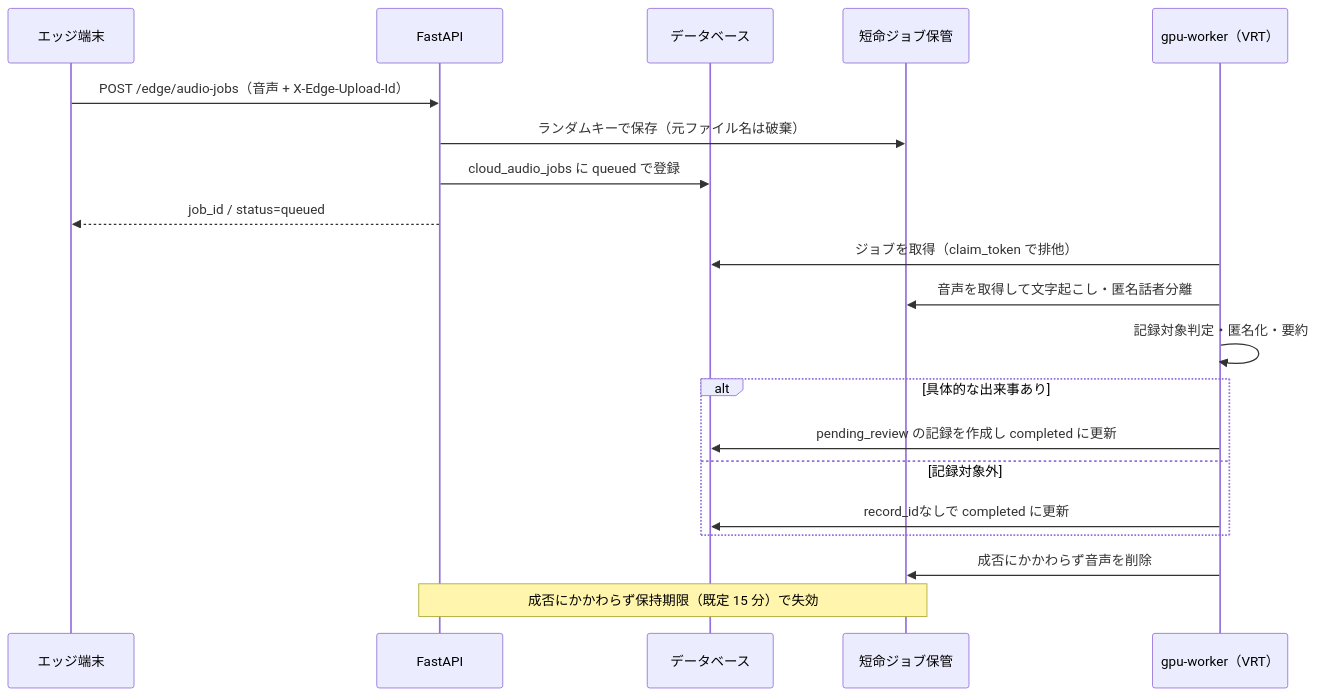
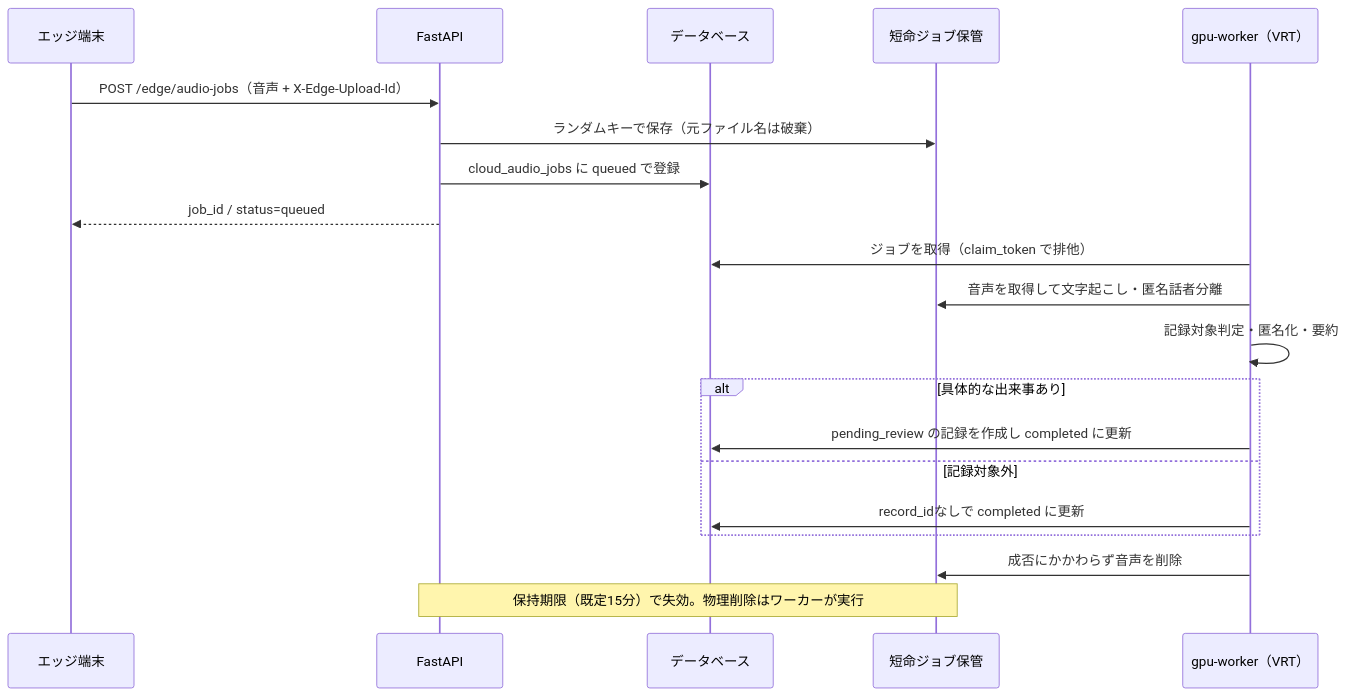
The second of 2 diagrams in docs/architecture/audio-pipeline.md (fuji0567/small-step), drawn with Mermaid before and after one commit. The commit also changed other lines of this file and 25 other files, not shown here.

````diff
--- a/docs/architecture/audio-pipeline.md
+++ b/docs/architecture/audio-pipeline.md
@@ -127,23 +128,23 @@
 ```mermaid
 sequenceDiagram
     participant Edge as エッジ端末
     participant API as FastAPI
     participant DB as データベース
     participant Store as 短命ジョブ保管
     participant GPU as gpu-worker（VRT）
 
     Edge->>API: POST /edge/audio-jobs（音声 + X-Edge-Upload-Id）
     API->>Store: ランダムキーで保存（元ファイル名は破棄）
     API->>DB: cloud_audio_jobs に queued で登録
     API-->>Edge: job_id / status=queued
     GPU->>DB: ジョブを取得（claim_token で排他）
     GPU->>Store: 音声を取得して文字起こし・匿名話者分離
     GPU->>GPU: 記録対象判定・匿名化・要約
     alt 具体的な出来事あり
         GPU->>DB: pending_review の記録を作成し completed に更新
     else 記録対象外
         GPU->>DB: record_idなしで completed に更新
     end
     GPU->>Store: 成否にかかわらず音声を削除
-    Note over API,Store: 成否にかかわらず保持期限（既定 15 分）で失効
+    Note over API,Store: 保持期限（既定15分）で失効。物理削除はワーカーが実行
 ```
````
